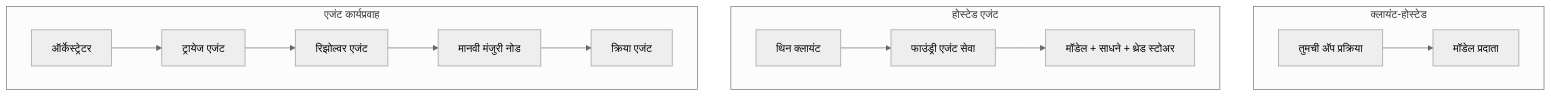
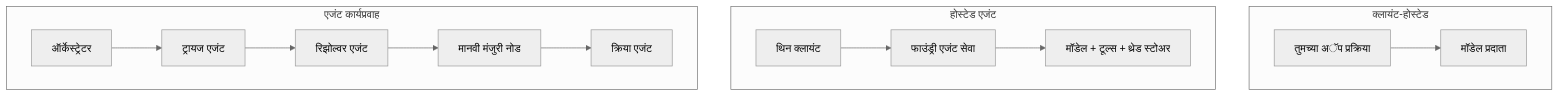
The first of 4 diagrams in mirrors/repos/microsoft@ai-agents-for-beginners/translations/mr/16-deploying-scalable-agents/README.md (gabrielmoreira/agent-skills-mirror), drawn with Mermaid (neutral theme) before and after one commit. The commit also changed other lines of this file and 4262 other files, not shown here.

````diff
--- a/mirrors/repos/microsoft@ai-agents-for-beginners/translations/mr/16-deploying-scalable-agents/README.md
+++ b/mirrors/repos/microsoft@ai-agents-for-beginners/translations/mr/16-deploying-scalable-agents/README.md
@@ -87,16 +87,16 @@
 ```mermaid
 flowchart TB
     subgraph P1[क्लायंट-होस्टेड]
-        A1[तुमची अ‍ॅप प्रक्रिया] --> M1[मॉडेल प्रदाता]
+        A1[तुमच्या अॅप प्रक्रिया] --> M1[मॉडेल प्रदाता]
     end
     subgraph P2[होस्टेड एजंट]
         A2[थिन क्लायंट] --> F2[फाउंड्री एजंट सेवा]
-        F2 --> M2[मॉडेल + साधने + थ्रेड स्टोअर]
+        F2 --> M2[मॉडेल + टूल्स + थ्रेड स्टोअर]
     end
     subgraph P3[एजंट कार्यप्रवाह]
-        A3[ऑर्केस्ट्रेटर] --> S1[ट्रायेज एजंट]
+        A3[ऑर्केस्ट्रेटर] --> S1[ट्रायज एजंट]
         S1 --> S2[रिझोल्वर एजंट]
         S2 --> H[मानवी मंजुरी नोड]
         H --> S3[क्रिया एजंट]
     end
 ```
````
